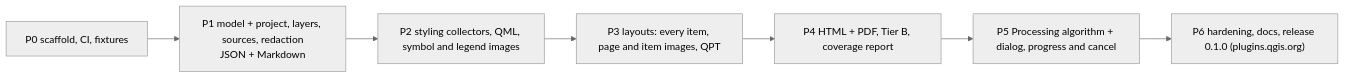
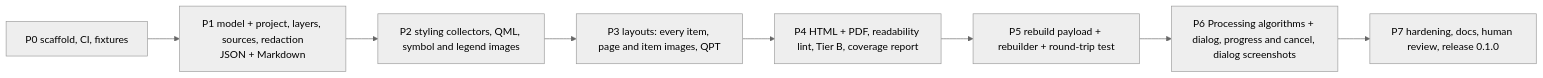
Before and after one commit to johnzastrow/DocQGISProject: the second of 2 diagrams in docs/DESIGN.md, drawn with Mermaid (neutral theme). The commit also changed other lines of this file, not shown here.

Commit message:
Design draft 2: rebuild-grade JSON, human readability rules, dialog screenshots

````diff
--- a/docs/DESIGN.md
+++ b/docs/DESIGN.md
@@ -184,9 +250,10 @@
 ```mermaid
 flowchart LR
     P0["P0 scaffold, CI, fixtures"] --> P1["P1 model + project, layers, sources, redaction<br/>JSON + Markdown"]
     P1 --> P2["P2 styling collectors, QML, symbol and legend images"]
     P2 --> P3["P3 layouts: every item, page and item images, QPT"]
-    P3 --> P4["P4 HTML + PDF, Tier B, coverage report"]
-    P4 --> P5["P5 Processing algorithm + dialog, progress and cancel"]
-    P5 --> P6["P6 hardening, docs, release 0.1.0 (plugins.qgis.org)"]
+    P3 --> P4["P4 HTML + PDF, readability lint, Tier B, coverage report"]
+    P4 --> P5["P5 rebuild payload + rebuilder + round-trip test"]
+    P5 --> P6["P6 Processing algorithms + dialog, progress and cancel, dialog screenshots"]
+    P6 --> P7["P7 hardening, docs, human review, release 0.1.0"]
 ```
````
